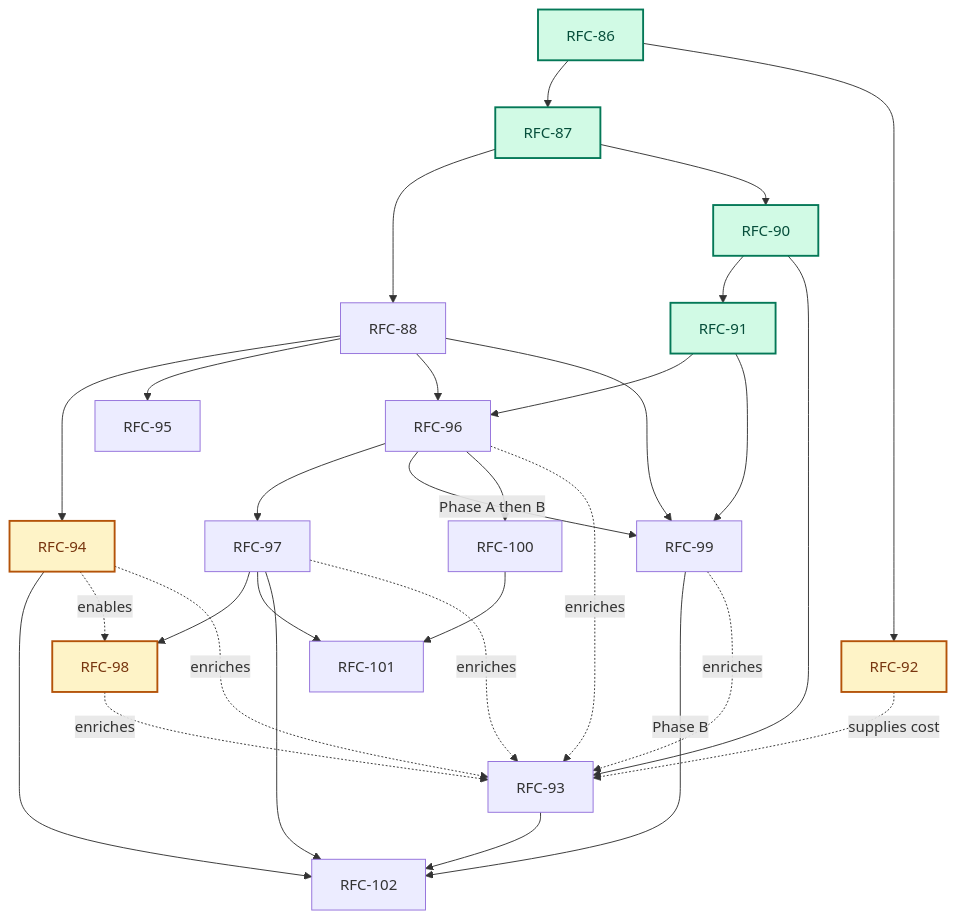
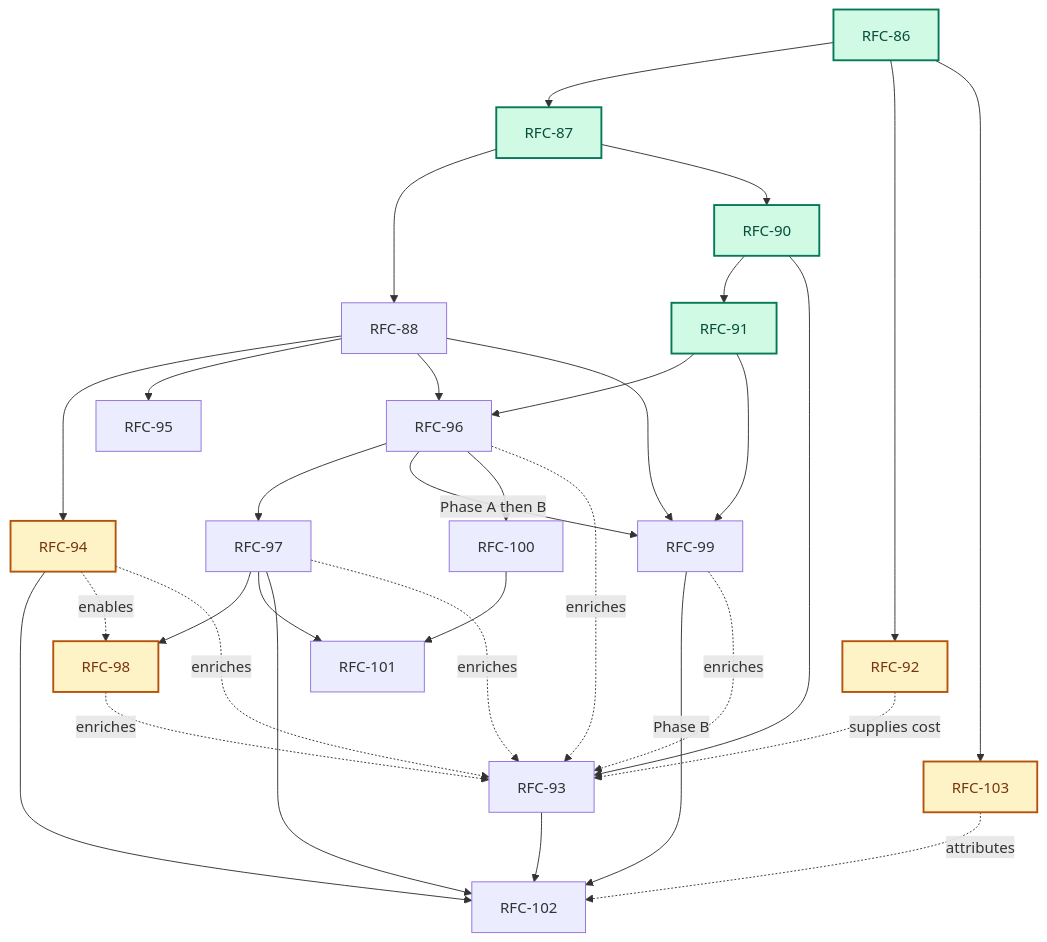
One commit to augentic/anvil changed the diagram in rfcs/platform.md. Above: the diagram before and after it, drawn with Mermaid. The commit also changed other lines of this file and 5 other files, not shown here.

````diff
--- a/rfcs/platform.md
+++ b/rfcs/platform.md
@@ -25,38 +25,40 @@
 ```mermaid
 flowchart TD
     R86[RFC-86] --> R87[RFC-87]
     R86 --> R92[RFC-92]
+    R86 --> R103[RFC-103]
     R87 --> R88[RFC-88]
     R87 --> R90[RFC-90]
     R88 --> R94[RFC-94]
     R88 --> R95[RFC-95]
     R88 --> R96[RFC-96]
     R88 --> R99[RFC-99]
     R90 --> R91[RFC-91]
     R90 --> R93[RFC-93]
     R91 --> R96
     R91 --> R99
     R96 --> R97[RFC-97]
     R96 -->|Phase A then B| R99
     R96 --> R100[RFC-100]
     R97 --> R98[RFC-98]
     R97 --> R101[RFC-101]
     R97 --> R102[RFC-102]
     R99 -->|Phase B| R102
     R100 --> R101
     R93 --> R102
     R94 --> R102
 
     R92 -. supplies cost .-> R93
     R94 -. enables .-> R98
     R94 -. enriches .-> R93
     R96 -. enriches .-> R93
     R97 -. enriches .-> R93
     R98 -. enriches .-> R93
     R99 -. enriches .-> R93
+    R103 -. attributes .-> R102
 
     classDef implemented fill:#d1fae5,stroke:#047857,color:#064e3b,stroke-width:2px
     classDef evidence fill:#fef3c7,stroke:#b45309,color:#78350f,stroke-width:2px
     class R86,R87,R90,R91 implemented
-    class R94,R98,R92 evidence
+    class R94,R98,R92,R103 evidence
 ```
````
